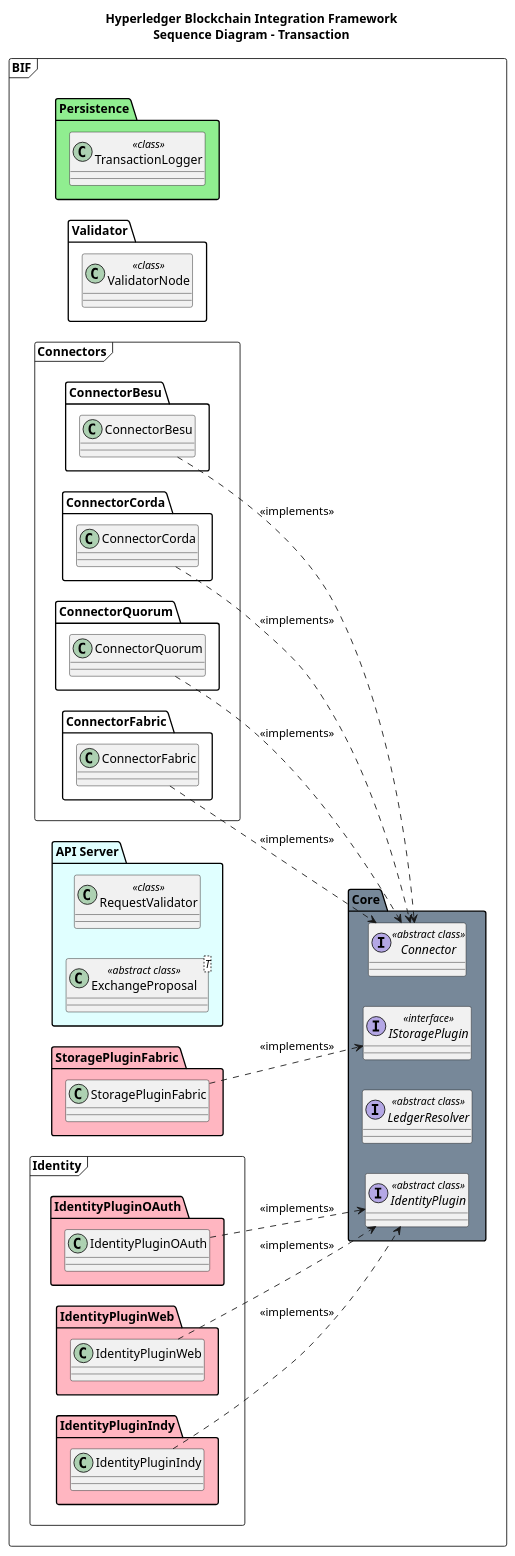
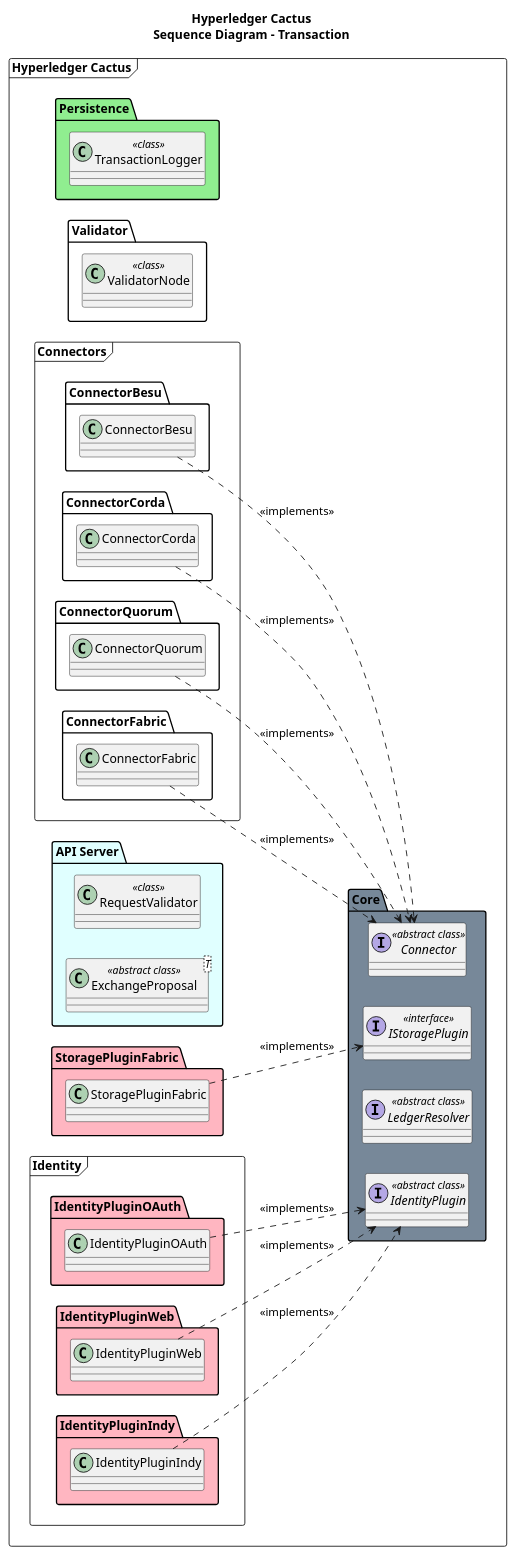
The diagram in docs/architecture/component-diagram.puml (hyperledger-cacti/cacti), drawn with PlantUML before and after one commit. The commit also changed 32 other files, not shown here.

Commit message:
docs: Name change to Hyperledger Cactus

```diff
--- a/docs/architecture/component-diagram.puml
+++ b/docs/architecture/component-diagram.puml
@@ -1,71 +1,71 @@
 @startuml Sequence Diagram - Transaction
 
-title Hyperledger Blockchain Integration Framework\nSequence Diagram - Transaction
+title Hyperledger Cactus\nSequence Diagram - Transaction
 
 left to right direction
 
-frame "BIF" as 1bif {
+frame "Hyperledger Cactus" as 1cactus {
   package "Core" as 2core <<package>> #LightSlateGray {
     interface "IStoragePlugin" as 3istorageplugin <<interface>> {
     }
     interface "Connector" as 3connector <<abstract class>> {
     }
     interface "LedgerResolver" as 3ledgerresolver <<abstract class>> {
     }
     interface "IdentityPlugin" as 3identityplugin <<abstract class>> {
     }
   }
 
   package "Persistence" as 2persistence <<package>> #LightGreen {
     class "TransactionLogger" as 3transactionlogger <<class>> {
     }
   }
 
   package "Validator" as 2validator <<package>> {
     class "ValidatorNode" as 3validatornode <<class>> {
     }
   }
 
   frame Connectors {
     package "ConnectorFabric" as 2connectorfabric <<package>> {
       ConnectorFabric ..> 3connector : <<implements>>
     }
 
     package "ConnectorQuorum" as 2connectorquorum <<package>> {
       ConnectorQuorum ..> 3connector: <<implements>>
     }
 
     package "ConnectorCorda" as 2connectorcorda <<package>> {
       ConnectorCorda ..> 3connector : <<implements>>
     }
 
     package "ConnectorBesu" as 2connectorbesu <<package>> {
       ConnectorBesu ..> 3connector : <<implements>>
     }
   }
 
   package "API Server" as 2apiserver <<package>> #LightCyan {
     class "RequestValidator" as 3requestvalidator <<class>> {
     }
     class "ExchangeProposal<T>" as 3exchangeproposal <<abstract class>> {
     }
   }
 
   package "StoragePluginFabric" as 2storagepluginfabric <<package>> #LightPink {
     StoragePluginFabric ..> 3istorageplugin : <<implements>>
   }
 
   frame "Identity" {
     package "IdentityPluginIndy" as 2identitypluginindy <<package>> #LightPink {
       IdentityPluginIndy ..> 3identityplugin: <<implements>>
     }
     package "IdentityPluginWeb" as 2identitypluginweb <<package>> #LightPink {
       IdentityPluginWeb ..> 3identityplugin: <<implements>>
     }
     package "IdentityPluginOAuth" as 2identitypluginoauth <<package>> #LightPink {
       IdentityPluginOAuth ..> 3identityplugin: <<implements>>
     }
   }
 }
 
 @enduml
```
